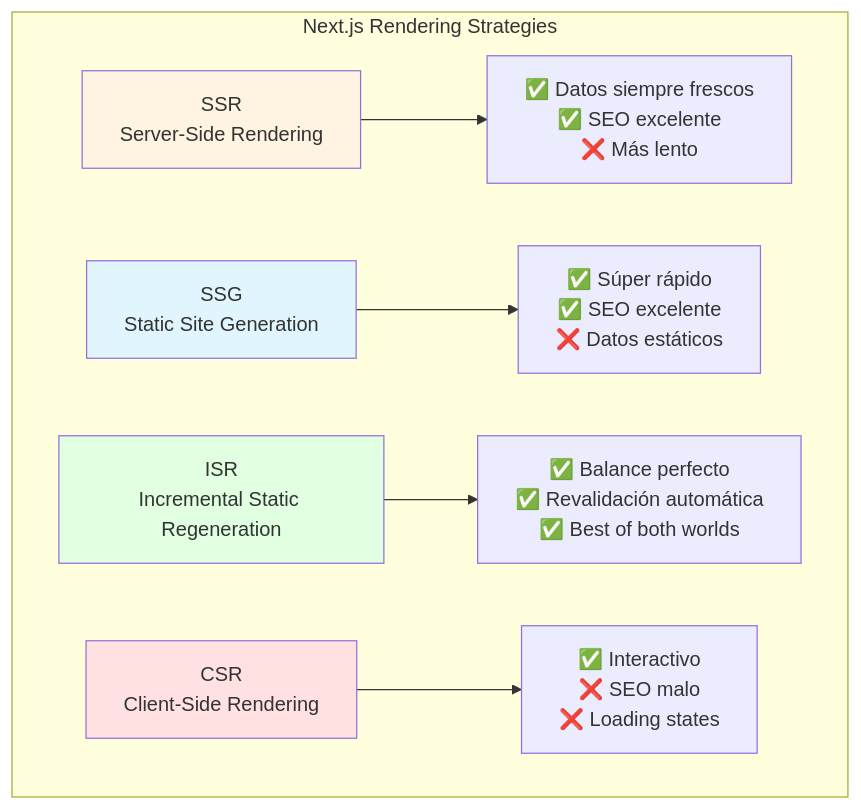
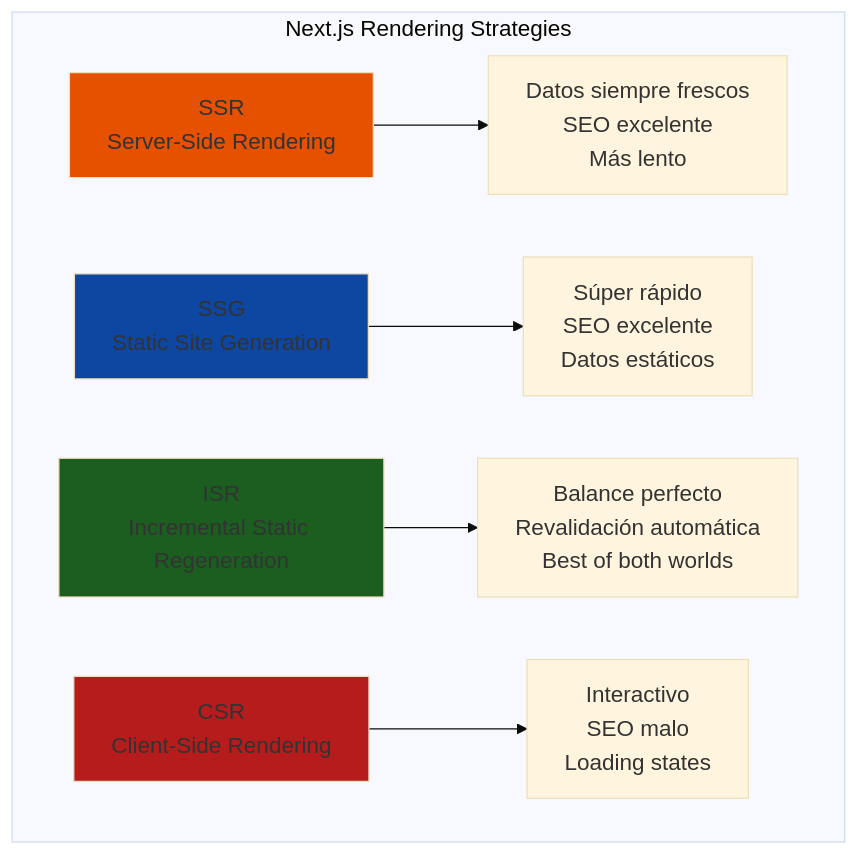
Before and after one commit to Ai-Whisperers/Courses-Content: the seventh of 7 diagrams in courses/🟡-development/FPUNA-2026/01-DESARROLLO-SOFTWARE/especializaciones/web-development/01-fundamentos-nextjs.md, drawn with Mermaid. The commit also changed other lines of this file and 47 other files, not shown here.

First line of the commit message:
fix: Make all 473 diagrams WCAG AAA accessible (FPUNA-2026)

````diff
--- a/courses/🟡-development/FPUNA-2026/01-DESARROLLO-SOFTWARE/especializaciones/web-development/01-fundamentos-nextjs.md
+++ b/courses/🟡-development/FPUNA-2026/01-DESARROLLO-SOFTWARE/especializaciones/web-development/01-fundamentos-nextjs.md
@@ -795,19 +801,20 @@
 ```mermaid
+%%{init: {'theme':'base', 'themeVariables': {'fontSize':'18px'}}}%%
 graph TD
     subgraph "Next.js Rendering Strategies"
         A[SSR<br/>Server-Side Rendering]
         B[SSG<br/>Static Site Generation]
         C[ISR<br/>Incremental Static Regeneration]
         D[CSR<br/>Client-Side Rendering]
         
-        A --> A1[✅ Datos siempre frescos<br/>✅ SEO excelente<br/>❌ Más lento]
-        B --> B1[✅ Súper rápido<br/>✅ SEO excelente<br/>❌ Datos estáticos]
-        C --> C1[✅ Balance perfecto<br/>✅ Revalidación automática<br/>✅ Best of both worlds]
-        D --> D1[✅ Interactivo<br/>❌ SEO malo<br/>❌ Loading states]
+        A --> A1[Datos siempre frescos<br/>SEO excelente<br/>Más lento]
+        B --> B1[Súper rápido<br/>SEO excelente<br/>Datos estáticos]
+        C --> C1[Balance perfecto<br/>Revalidación automática<br/>Best of both worlds]
+        D --> D1[Interactivo<br/>SEO malo<br/>Loading states]
     end
     
-    style C fill:#E1FFE1
-    style A fill:#FFF4E1
-    style B fill:#E1F5FF
-    style D fill:#FFE1E1
+    style C fill:#1b5e20
+    style A fill:#e65100
+    style B fill:#0d47a1
+    style D fill:#b71c1c
 ```
````
